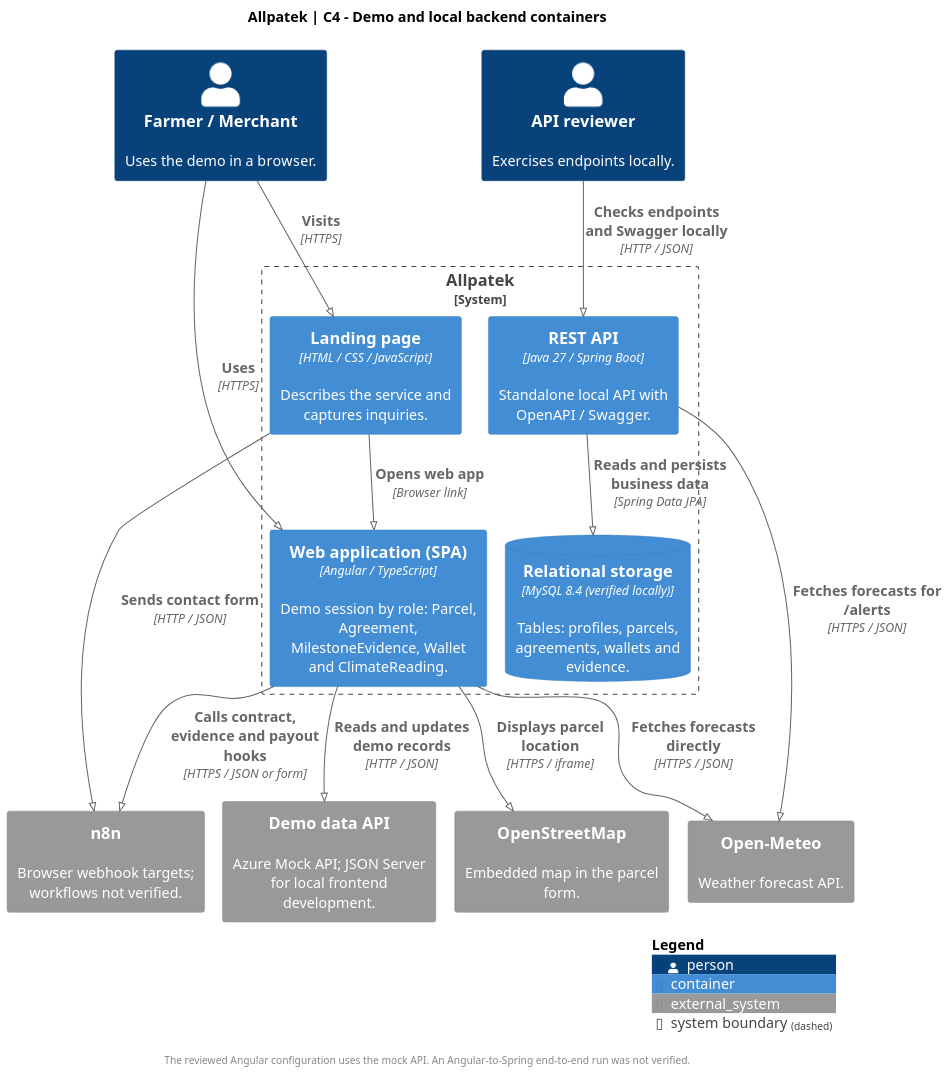
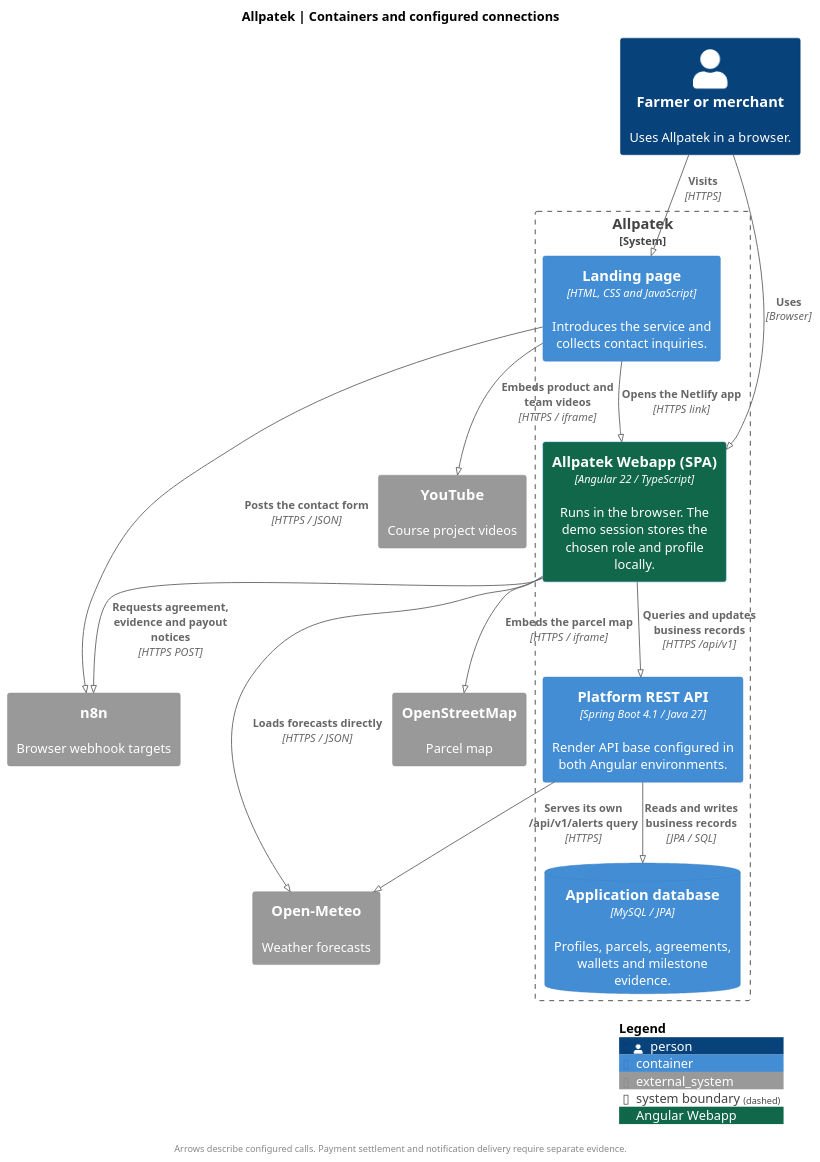
The diagram in assets/chapter-04/architecture/03-containers.puml (upc-pre-202620-1asi0729-7753-Terranova/allpatek-report), drawn with PlantUML before and after one commit. The commit also changed 3 other files, not shown here.

Commit message:
docs(c4): show the Angular webapp and its configured API connection

```diff
--- a/assets/chapter-04/architecture/03-containers.puml
+++ b/assets/chapter-04/architecture/03-containers.puml
@@ -1,42 +1,37 @@
 @startuml
 !pragma layout smetana
 !include <C4/C4_Container>
 skinparam backgroundColor white
 skinparam defaultFontName SansSerif
-skinparam defaultFontSize 14
 skinparam shadowing false
-skinparam dpi 140
+skinparam dpi 125
+title Allpatek | Containers and configured connections
+LAYOUT_TOP_DOWN()
+AddElementTag("webapp", $bgColor="#116749", $fontColor="#FFFFFF", $legendText="Angular Webapp")
 
-title Allpatek | C4 - Demo and local backend containers
-LAYOUT_TOP_DOWN()
-
-Person(user, "Farmer / Merchant", "Uses the demo in a browser.")
-Person(reviewer, "API reviewer", "Exercises endpoints locally.")
-
+Person(user, "Farmer or merchant", "Uses Allpatek in a browser.")
 System_Boundary(allpatek, "Allpatek") {
-  Container(landing, "Landing page", "HTML / CSS / JavaScript", "Describes the service and captures inquiries.")
-  Container(web, "Web application (SPA)", "Angular / TypeScript", "Demo session by role: Parcel, Agreement, MilestoneEvidence, Wallet and ClimateReading.")
-  Container(api, "REST API", "Java 27 / Spring Boot", "Standalone local API with OpenAPI / Swagger.")
-  ContainerDb(db, "Relational storage", "MySQL 8.4 (verified locally)", "Tables: profiles, parcels, agreements, wallets and evidence.")
+  Container(landing, "Landing page", "HTML, CSS and JavaScript", "Introduces the service and collects contact inquiries.")
+  Container(web, "Allpatek Webapp (SPA)", "Angular 22 / TypeScript", "Runs in the browser. The demo session stores the chosen role and profile locally.", $tags="webapp")
+  Container(api, "Platform REST API", "Spring Boot 4.1 / Java 27", "Render API base configured in both Angular environments.")
+  ContainerDb(db, "Application database", "MySQL / JPA", "Profiles, parcels, agreements, wallets and milestone evidence.")
 }
-
-System_Ext(mock, "Demo data API", "Azure Mock API; JSON Server for local frontend development.")
-System_Ext(auto, "n8n", "Browser webhook targets; workflows not verified.")
-System_Ext(weather, "Open-Meteo", "Weather forecast API.")
-System_Ext(maps, "OpenStreetMap", "Embedded map in the parcel form.")
+System_Ext(auto, "n8n", "Browser webhook targets")
+System_Ext(weather, "Open-Meteo", "Weather forecasts")
+System_Ext(maps, "OpenStreetMap", "Parcel map")
+System_Ext(youtube, "YouTube", "Course project videos")
 
 Rel(user, landing, "Visits", "HTTPS")
-Rel(user, web, "Uses", "HTTPS")
-Rel(landing, web, "Opens web app", "Browser link")
-Rel(landing, auto, "Sends contact form", "HTTP / JSON")
-Rel(web, auto, "Calls contract, evidence and payout hooks", "HTTPS / JSON or form")
-Rel(web, mock, "Reads and updates demo records", "HTTP / JSON")
-Rel(web, weather, "Fetches forecasts directly", "HTTPS / JSON")
-Rel(web, maps, "Displays parcel location", "HTTPS / iframe")
-Rel(reviewer, api, "Checks endpoints and Swagger locally", "HTTP / JSON")
-Rel(api, db, "Reads and persists business data", "Spring Data JPA")
-Rel(api, weather, "Fetches forecasts for /alerts", "HTTPS / JSON")
-
-footer The reviewed Angular configuration uses the mock API. An Angular-to-Spring end-to-end run was not verified.
+Rel(user, web, "Uses", "Browser")
+Rel(landing, web, "Opens the Netlify app", "HTTPS link")
+Rel(landing, youtube, "Embeds product and team videos", "HTTPS / iframe")
+Rel(landing, auto, "Posts the contact form", "HTTPS / JSON")
+Rel(web, api, "Queries and updates business records", "HTTPS /api/v1")
+Rel(web, weather, "Loads forecasts directly", "HTTPS / JSON")
+Rel(web, maps, "Embeds the parcel map", "HTTPS / iframe")
+Rel(web, auto, "Requests agreement, evidence and payout notices", "HTTPS POST")
+Rel(api, db, "Reads and writes business records", "JPA / SQL")
+Rel(api, weather, "Serves its own /api/v1/alerts query", "HTTPS")
+footer Arrows describe configured calls. Payment settlement and notification delivery require separate evidence.
 SHOW_LEGEND()
 @enduml
```
